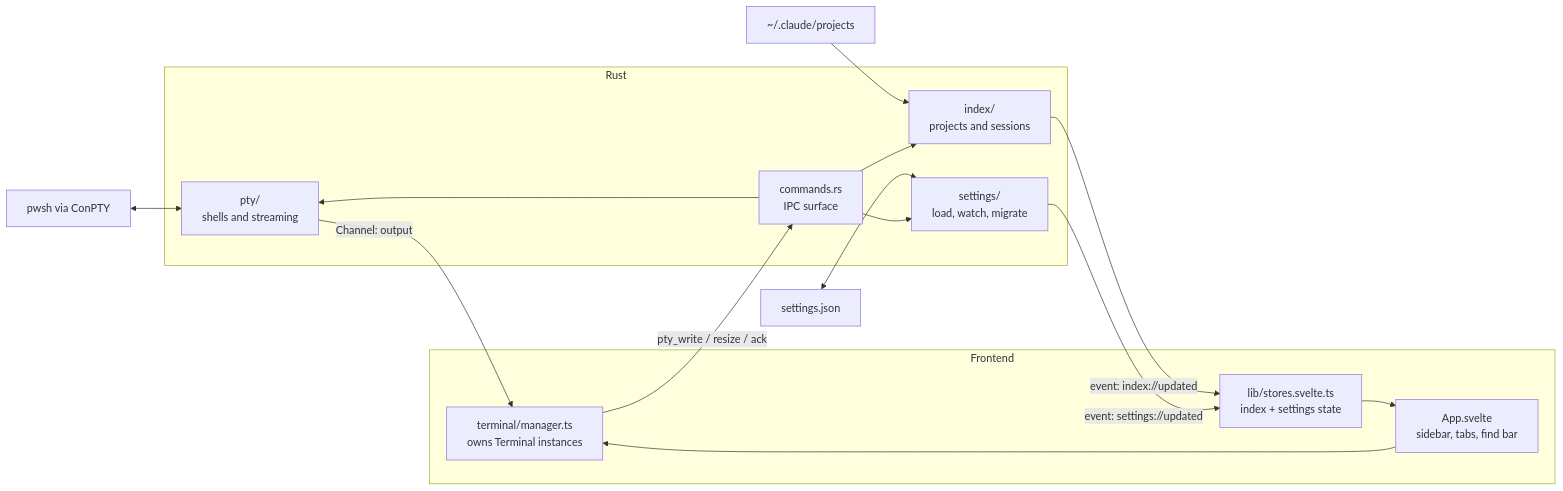
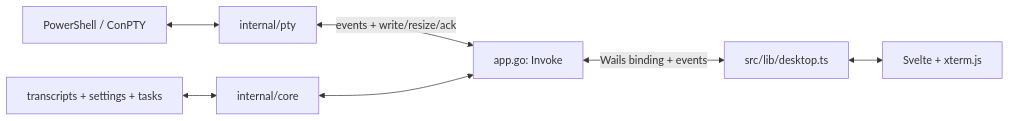
Before and after one commit to arghya2801/agent-terminal-control: the diagram in ARCHITECTURE.md, drawn with Mermaid. The commit also changed other lines of this file and 64 other files, not shown here.

````diff
--- a/ARCHITECTURE.md
+++ b/ARCHITECTURE.md
@@ -11,29 +10,9 @@
 ```mermaid
 graph LR
-  subgraph Rust
-    PTY[pty/<br/>shells and streaming]
-    IDX[index/<br/>projects and sessions]
-    SET[settings/<br/>load, watch, migrate]
-    CMD[commands.rs<br/>IPC surface]
-  end
-
-  subgraph Frontend
-    MGR[terminal/manager.ts<br/>owns Terminal instances]
-    STO[lib/stores.svelte.ts<br/>index + settings state]
-    UI[App.svelte<br/>sidebar, tabs, find bar]
-  end
-
-  SHELL[pwsh via ConPTY] <--> PTY
-  DISK[~/.claude/projects] --> IDX
-  FILE[settings.json] <--> SET
-
-  PTY -- Channel: output --> MGR
-  MGR -- pty_write / resize / ack --> CMD
-  CMD --> PTY
-  IDX -- event: index://updated --> STO
-  SET -- event: settings://updated --> STO
-  STO --> UI
-  UI --> MGR
-  CMD --> IDX
-  CMD --> SET
+  Shell[PowerShell / ConPTY] <--> PTY[internal/pty]
+  PTY <-->|events + write/resize/ack| App[app.go: Invoke]
+  Files[transcripts + settings + tasks] <--> Core[internal/core]
+  Core <--> App
+  App <-->|Wails binding + events| Transport[src/lib/desktop.ts]
+  Transport <--> UI[Svelte + xterm.js]
 ```
````
